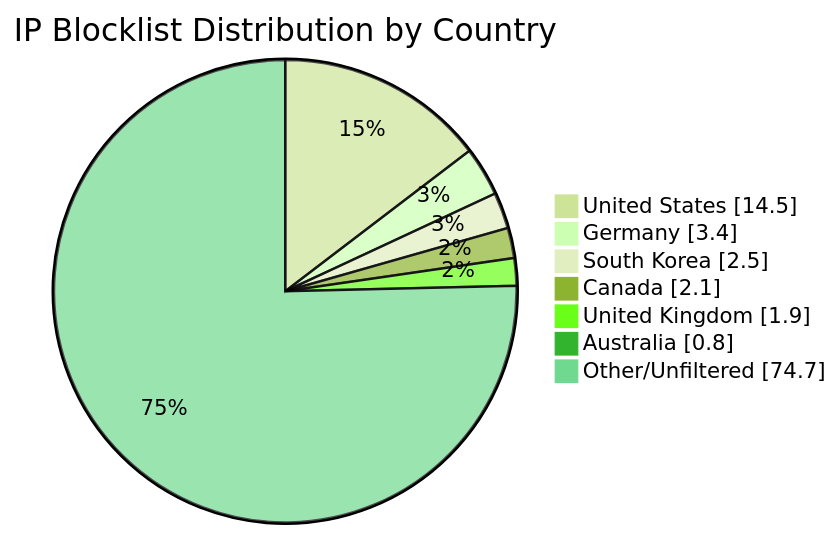
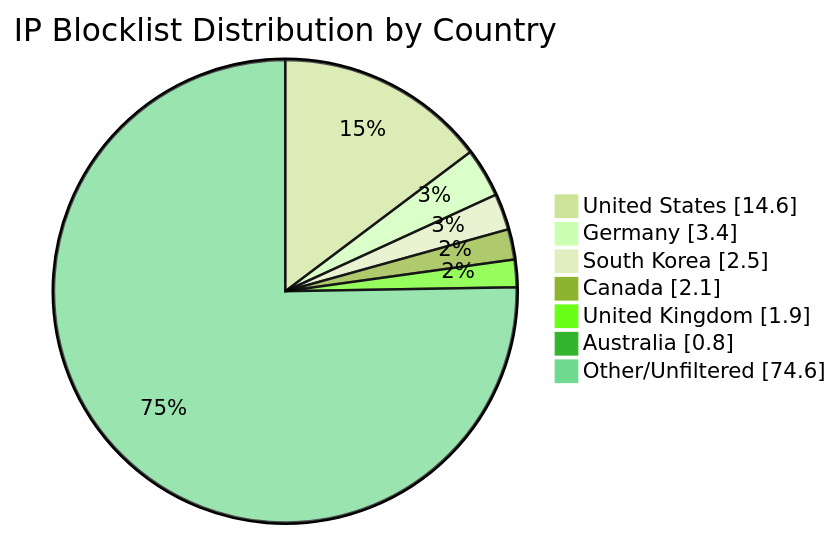
Before and after one commit to MarcusHoltz/ipblocklist-geofiltered-aggregator: the diagram in README.md, drawn with Mermaid (forest theme). The commit also changed other lines of this file and 9 other files, not shown here.

````diff
--- a/README.md
+++ b/README.md
@@ -34,10 +34,10 @@
 ```mermaid
 pie showData title IP Blocklist Distribution by Country
-"United States" : 14.5
+"United States" : 14.6
 "Germany" : 3.4
 "South Korea" : 2.5
 "Canada" : 2.1
 "United Kingdom" : 1.9
 "Australia" : 0.8
-"Other/Unfiltered" : 74.7
+"Other/Unfiltered" : 74.6
 ```
````
